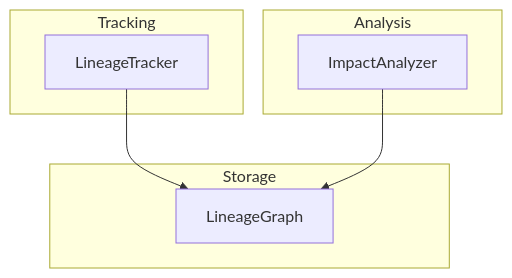
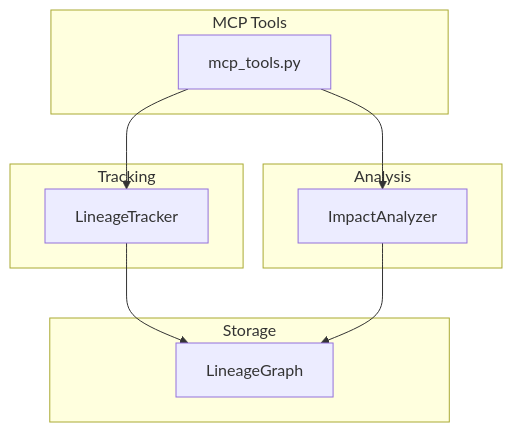
One commit to docxology/codomyrmex changed the diagram in src/codomyrmex/data_lineage/SPEC.md. Above: the diagram before and after it, drawn with Mermaid. The commit also changed other lines of this file and 6 other files, not shown here.

First line of the commit message:
feat(data_lineage): add MCP tools and fix missing docstrings

````diff
--- a/src/codomyrmex/data_lineage/SPEC.md
+++ b/src/codomyrmex/data_lineage/SPEC.md
@@ -25,17 +25,23 @@
 ```mermaid
 graph TD
     subgraph "Storage"
         LG[LineageGraph]
     end
 
     subgraph "Tracking"
         LT[LineageTracker]
     end
 
     subgraph "Analysis"
         IA[ImpactAnalyzer]
     end
 
+    subgraph "MCP Tools"
+        MT[mcp_tools.py]
+    end
+
     LT --> LG
     IA --> LG
+    MT --> LT
+    MT --> IA
 ```
````
